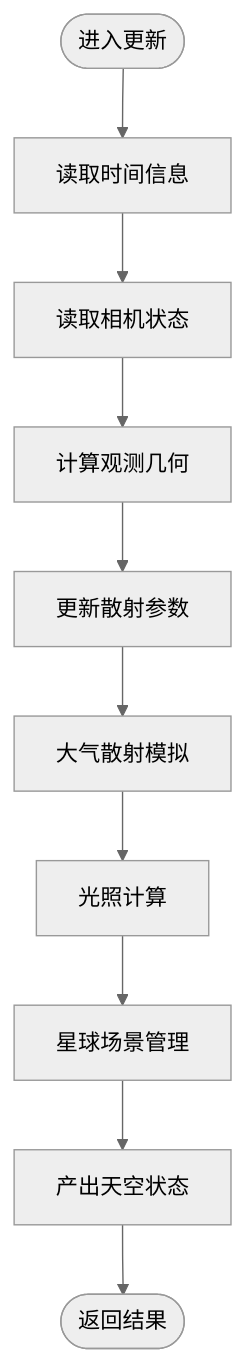
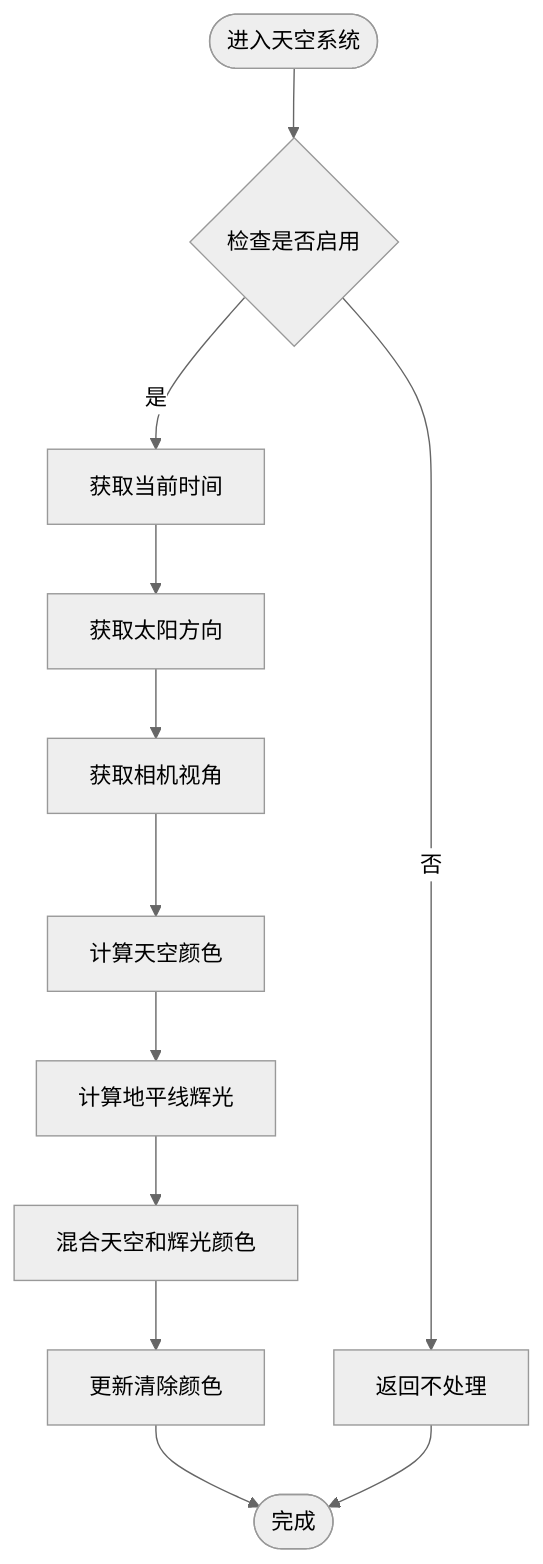
The third of 6 diagrams in .qoder/repowiki/zh/content/项目概述/核心特性/大气系统.md (rzhangjing/cesium), drawn with Mermaid (neutral theme) before and after one commit. The commit also changed other lines of this file and 57 other files, not shown here.

````diff
--- a/.qoder/repowiki/zh/content/项目概述/核心特性/大气系统.md
+++ b/.qoder/repowiki/zh/content/项目概述/核心特性/大气系统.md
@@ -188,12 +162,14 @@
 ```mermaid
 flowchart TD
-Start(["进入更新"]) --> ReadTime["读取时间信息"]
-ReadTime --> ReadCamera["读取相机状态"]
-ReadCamera --> ComputeGeometry["计算观测几何"]
-ComputeGeometry --> UpdateParams["更新散射参数"]
-UpdateParams --> AtmosphericScattering["大气散射模拟"]
-AtmosphericScattering --> LightingCalculation["光照计算"]
-LightingCalculation --> StarSphereManagement["星球场景管理"]
-StarSphereManagement --> OutputState["产出天空状态"]
-OutputState --> End(["返回结果"])
+Start(["进入天空系统"]) --> CheckEnabled{"检查是否启用"}
+CheckEnabled --> |否| Return["返回不处理"]
+CheckEnabled --> |是| GetTime["获取当前时间"]
+GetTime --> GetSunDir["获取太阳方向"]
+GetSunDir --> GetViewDir["获取相机视角"]
+GetViewDir --> ComputeSkyColor["计算天空颜色"]
+ComputeSkyColor --> ComputeHorizonGlow["计算地平线辉光"]
+ComputeHorizonGlow --> BlendColors["混合天空和辉光颜色"]
+BlendColors --> UpdateClearColor["更新清除颜色"]
+UpdateClearColor --> End(["完成"])
+Return --> End
 ```
````
